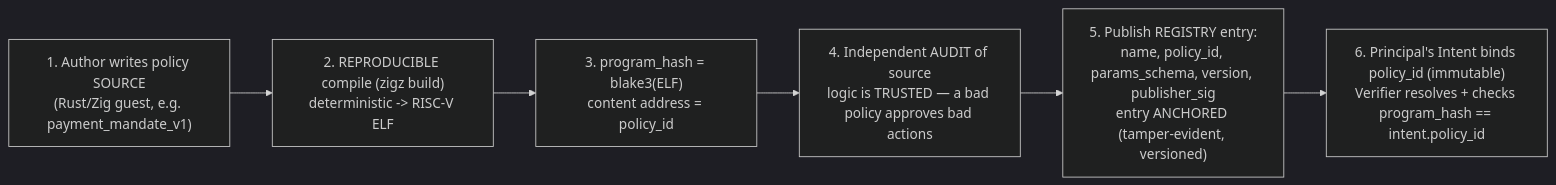
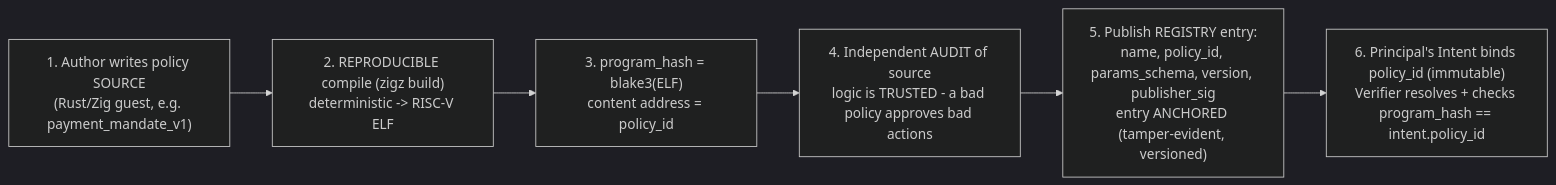
The eighth of 8 diagrams in work/research/computation-proof/architecture.md (mnemonik-xyz/monorepo), drawn with Mermaid (dark theme) before and after one commit. The commit also changed other lines of this file, not shown here.

First line of the commit message:
fix(docs): make all mermaid blocks render (parser-safe syntax)

````diff
--- a/work/research/computation-proof/architecture.md
+++ b/work/research/computation-proof/architecture.md
@@ -264,9 +264,9 @@
 ```mermaid
 flowchart LR
     A["1. Author writes policy SOURCE<br/>(Rust/Zig guest, e.g. payment_mandate_v1)"]
     A --> C["2. REPRODUCIBLE compile (zigz build)<br/>deterministic -> RISC-V ELF"]
     C --> H["3. program_hash = blake3(ELF)<br/>content address = policy_id"]
-    H --> R["4. Independent AUDIT of source<br/>logic is TRUSTED — a bad policy approves bad actions"]
+    H --> R["4. Independent AUDIT of source<br/>logic is TRUSTED - a bad policy approves bad actions"]
     R --> P["5. Publish REGISTRY entry:<br/>name, policy_id, params_schema, version, publisher_sig<br/>entry ANCHORED (tamper-evident, versioned)"]
     P --> U["6. Principal's Intent binds policy_id (immutable)<br/>Verifier resolves + checks program_hash == intent.policy_id"]
 ```
````
